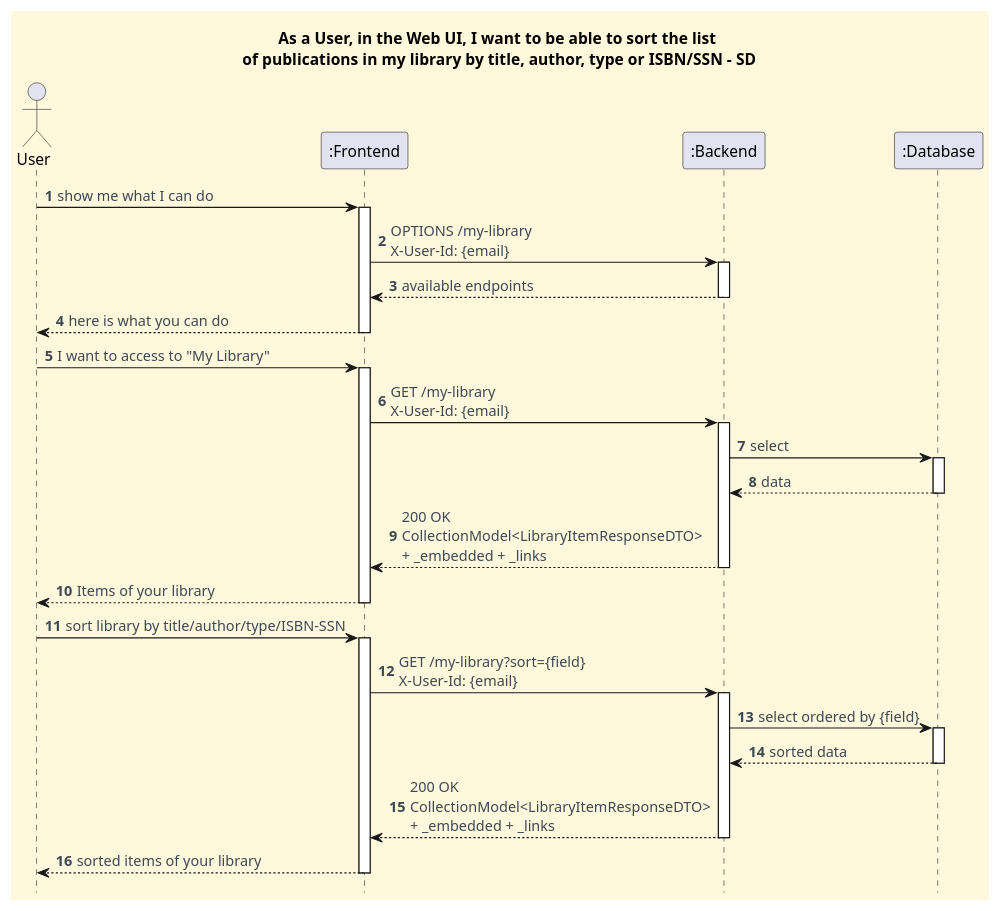
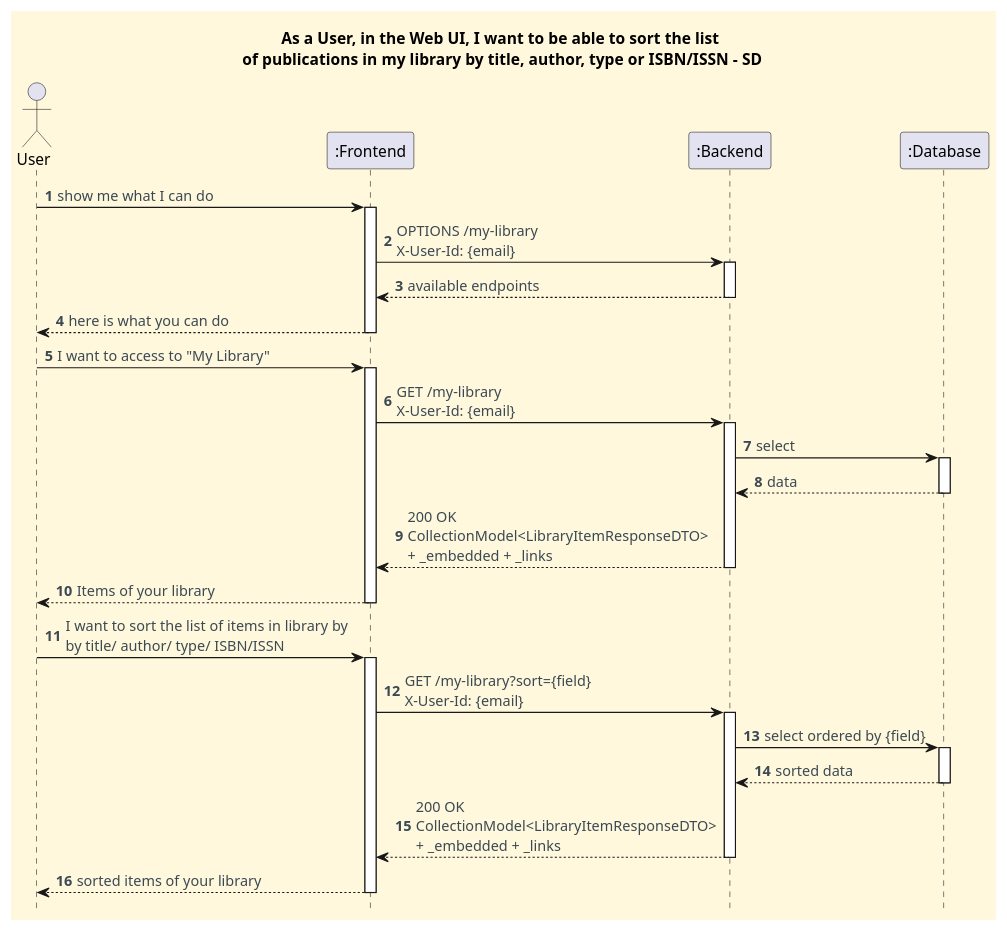
One commit to CarolinaLeite-collab/JavaMarketplacePlatform changed the diagram in docs/client-server-diagrams/sort-publications-in-library-by-title-author-type-or-isbn-issn/Process_View_SD.puml. Above: the diagram before and after it, drawn with PlantUML. The commit also changed 2 other files, not shown here.

Commit message:
docs: align library sorting diagrams with implementation, refs #1139

```diff
--- a/docs/client-server-diagrams/sort-publications-in-library-by-title-author-type-or-isbn-issn/Process_View_SD.puml
+++ b/docs/client-server-diagrams/sort-publications-in-library-by-title-author-type-or-isbn-issn/Process_View_SD.puml
@@ -1,66 +1,66 @@
 @startuml
 '==== basic style ====
 hide stereotype
 skinparam monochrome false
 skinparam shadowing false
 skinparam defaultFontName Futura
 skinparam objectFontSize 20
 skinparam backgroundColor CornSilk
 skinparam objectBackgroundColor WhiteSmoke
 skinparam noteBackgroundColor #FFFFE0
 skinparam ArrowFontColor #3B4953
 skinparam ActivationBackgroundColor black
 hidefootbox
 
 autonumber
 
-title "As a User, in the Web UI, I want to be able to sort the list \nof publications in my library by title, author, type or ISBN/SSN - SD"
+title "As a User, in the Web UI, I want to be able to sort the list \nof publications in my library by title, author, type or ISBN/ISSN - SD"
 
 ' --- Actor and participants ---
 
 actor User
 participant ":Frontend" as frontend
 participant ":Backend" as backend
 participant ":Database" as Database
 
 User -> frontend : show me what I can do
 activate frontend
 frontend -> backend : OPTIONS /my-library\nX-User-Id: {email}
 activate backend
 
 backend --> frontend : available endpoints
 deactivate backend
 frontend --> User : here is what you can do
 deactivate frontend
 
 User -> frontend : I want to access to "My Library"
 activate frontend
 frontend -> backend : GET /my-library\nX-User-Id: {email}
 activate backend
 
 backend -> Database : select
 activate Database
 Database --> backend : data
 deactivate Database
 
 backend --> frontend : 200 OK\nCollectionModel<LibraryItemResponseDTO>\n+ _embedded + _links
 deactivate backend
 frontend --> User : Items of your library
 deactivate frontend
 
-User -> frontend : sort library by title/author/type/ISBN-SSN
+User -> frontend : I want to sort the list of items in library by \nby title/ author/ type/ ISBN/ISSN
 activate frontend
 frontend -> backend : GET /my-library?sort={field}\nX-User-Id: {email}
 activate backend
 
 backend -> Database : select ordered by {field}
 activate Database
 Database --> backend : sorted data
 deactivate Database
 
 backend --> frontend : 200 OK\nCollectionModel<LibraryItemResponseDTO>\n+ _embedded + _links
 deactivate backend
 frontend --> User : sorted items of your library
 deactivate frontend
 
 @enduml
```
